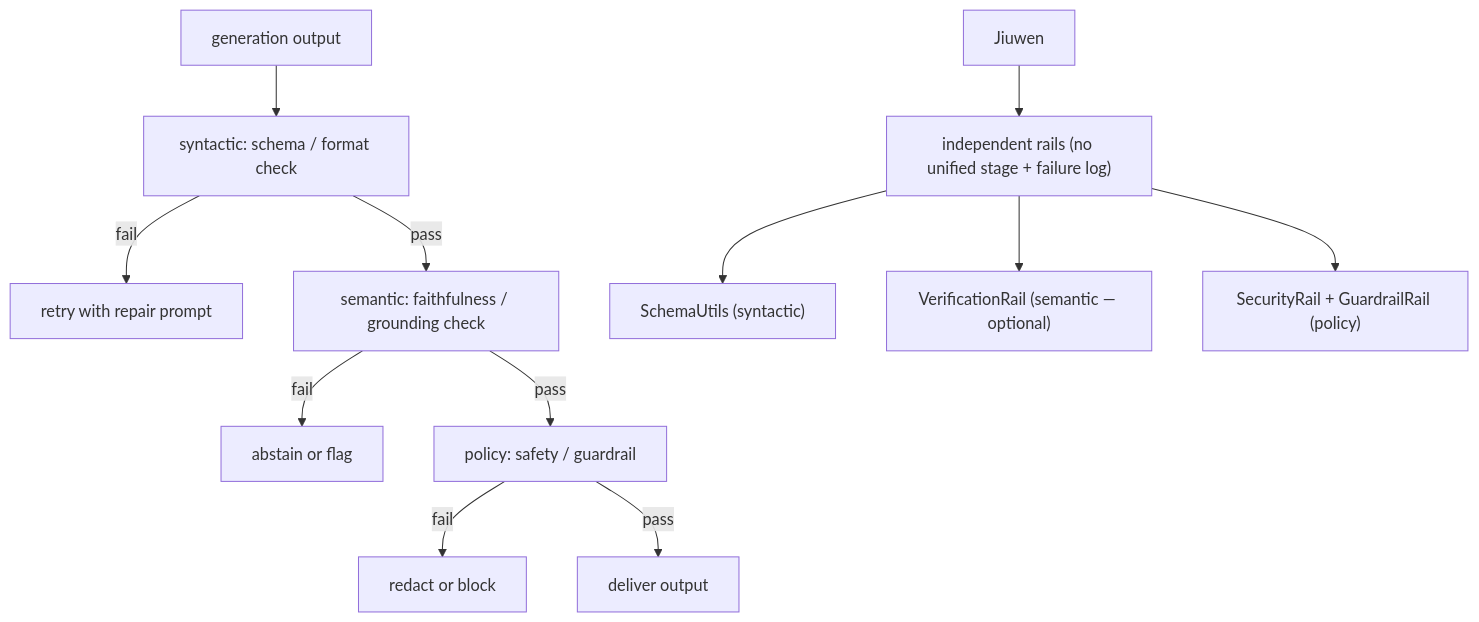
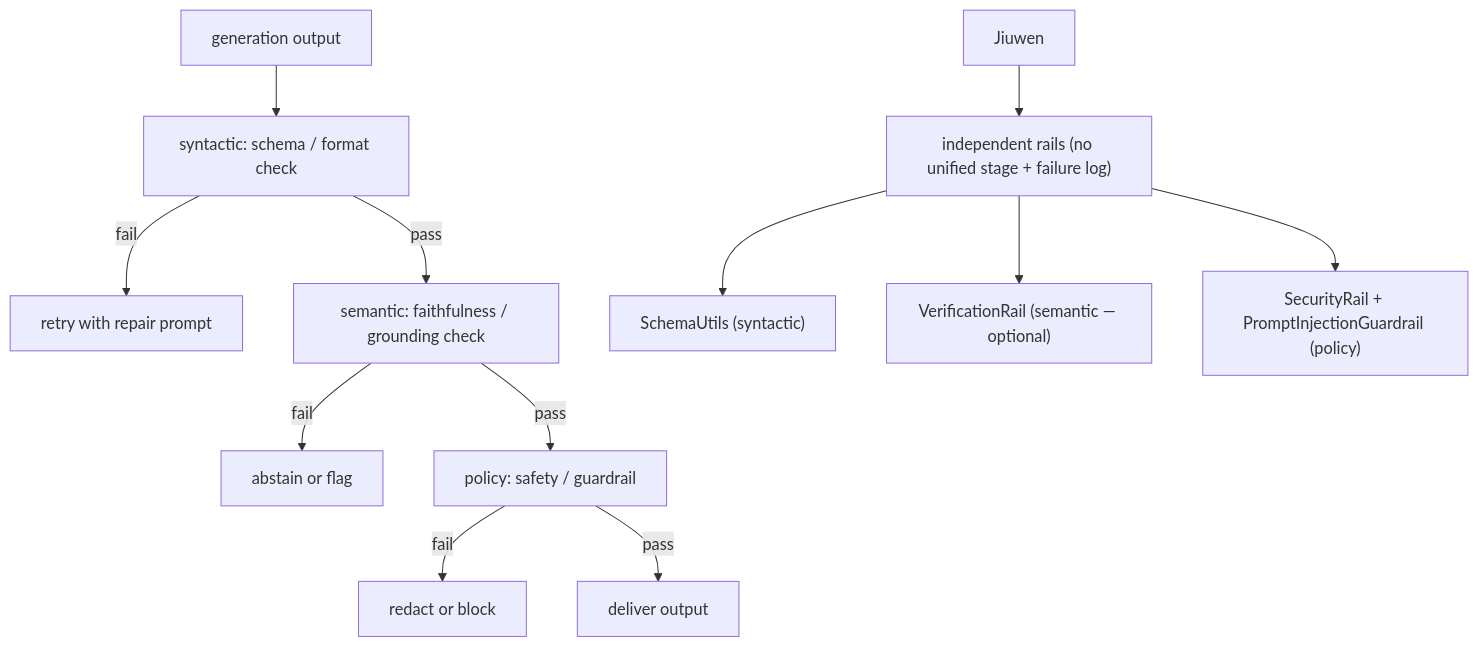
One commit to michaelatamuk/openjiuwen-knowledge changed diagram 11 of 11 in content/topics/13-rag-failure-modes-and-evaluation.md. Above: the diagram before and after it, drawn with Mermaid. The commit also changed other lines of this file and 19 other files, not shown here.

````diff
--- a/content/topics/13-rag-failure-modes-and-evaluation.md
+++ b/content/topics/13-rag-failure-modes-and-evaluation.md
@@ -277,14 +277,14 @@
 ```mermaid
 flowchart TD
     GEN["generation output"] --> SYN["syntactic: schema / format check"]
     SYN -->|"fail"| REP["retry with repair prompt"]
     SYN -->|"pass"| SEM["semantic: faithfulness / grounding check"]
     SEM -->|"fail"| ABS["abstain or flag"]
     SEM -->|"pass"| POL["policy: safety / guardrail"]
     POL -->|"fail"| BLK["redact or block"]
     POL -->|"pass"| OUT["deliver output"]
     JIW["Jiuwen"] --> IND["independent rails (no unified stage + failure log)"]
     IND --> SR["SchemaUtils (syntactic)"]
     IND --> VR["VerificationRail (semantic — optional)"]
-    IND --> GR["SecurityRail + GuardrailRail (policy)"]
+    IND --> GR["SecurityRail + PromptInjectionGuardrail (policy)"]
 ```
````
